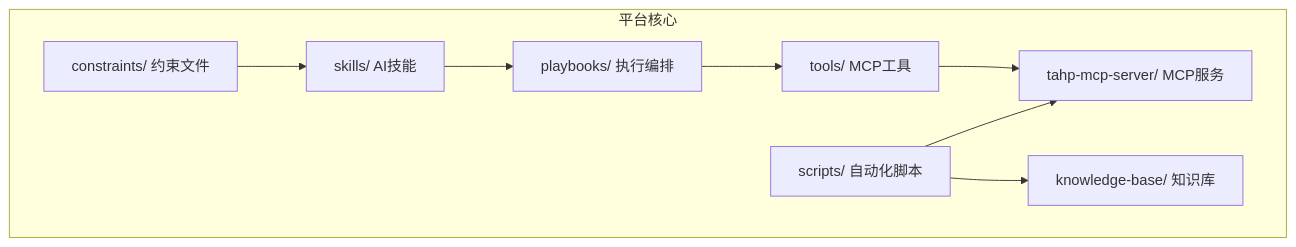
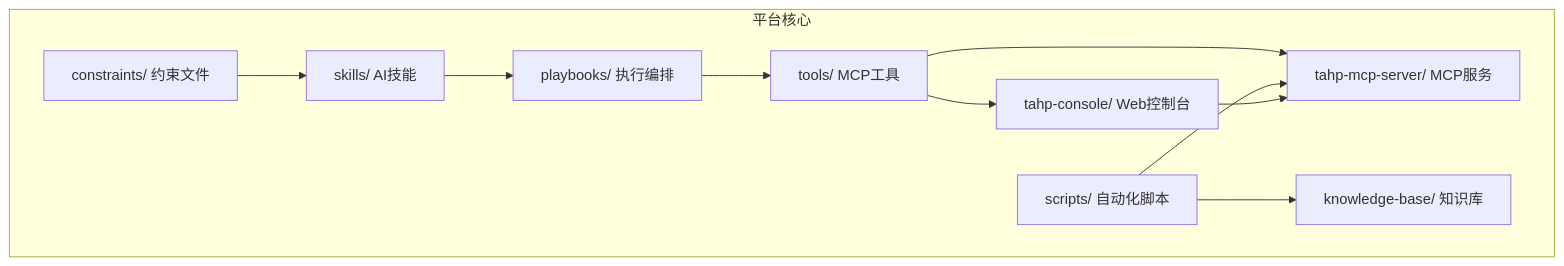
One commit to afcartevil/automated-test-script changed the first of 6 diagrams in .qoder/repowiki/zh/content/快速开始.md. Above: the diagram before and after it, drawn with Mermaid. The commit also changed other lines of this file and 650 other files, not shown here.

````diff
--- a/.qoder/repowiki/zh/content/快速开始.md
+++ b/.qoder/repowiki/zh/content/快速开始.md
@@ -44,18 +60,21 @@
 ```mermaid
 graph TB
 subgraph "平台核心"
 Constraints["constraints/ 约束文件"]
 Skills["skills/ AI技能"]
 Playbooks["playbooks/ 执行编排"]
 Tools["tools/ MCP工具"]
 Scripts["scripts/ 自动化脚本"]
 KB["knowledge-base/ 知识库"]
 MCP["tahp-mcp-server/ MCP服务"]
+Console["tahp-console/ Web控制台"]
 end
 Constraints --> Skills
 Skills --> Playbooks
 Playbooks --> Tools
 Tools --> MCP
+Tools --> Console
 Scripts --> KB
 Scripts --> MCP
+Console --> MCP
 ```
````
